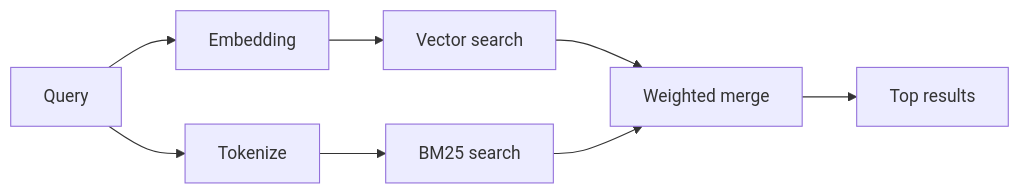
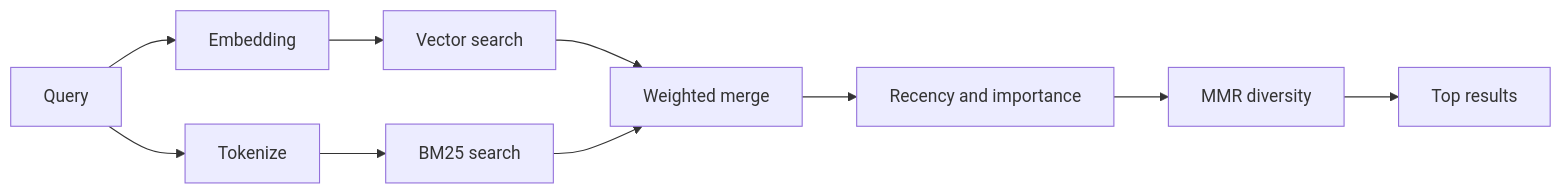
Before and after one commit to I24D/Lumina-Openclaw: the diagram in docs/concepts/memory-search.md, drawn with Mermaid. The commit also changed other lines of this file and 24701 other files, not shown here.

````diff
--- a/docs/concepts/memory-search.md
+++ b/docs/concepts/memory-search.md
@@ -70,10 +69,12 @@
 ```mermaid
 flowchart LR
     Q["Query"] --> E["Embedding"]
     Q --> T["Tokenize"]
     E --> VS["Vector search"]
     T --> BM["BM25 search"]
     VS --> M["Weighted merge"]
     BM --> M
-    M --> R["Top results"]
+    M --> D["Recency and importance"]
+    D --> R["MMR diversity"]
+    R --> O["Top results"]
 ```
````
